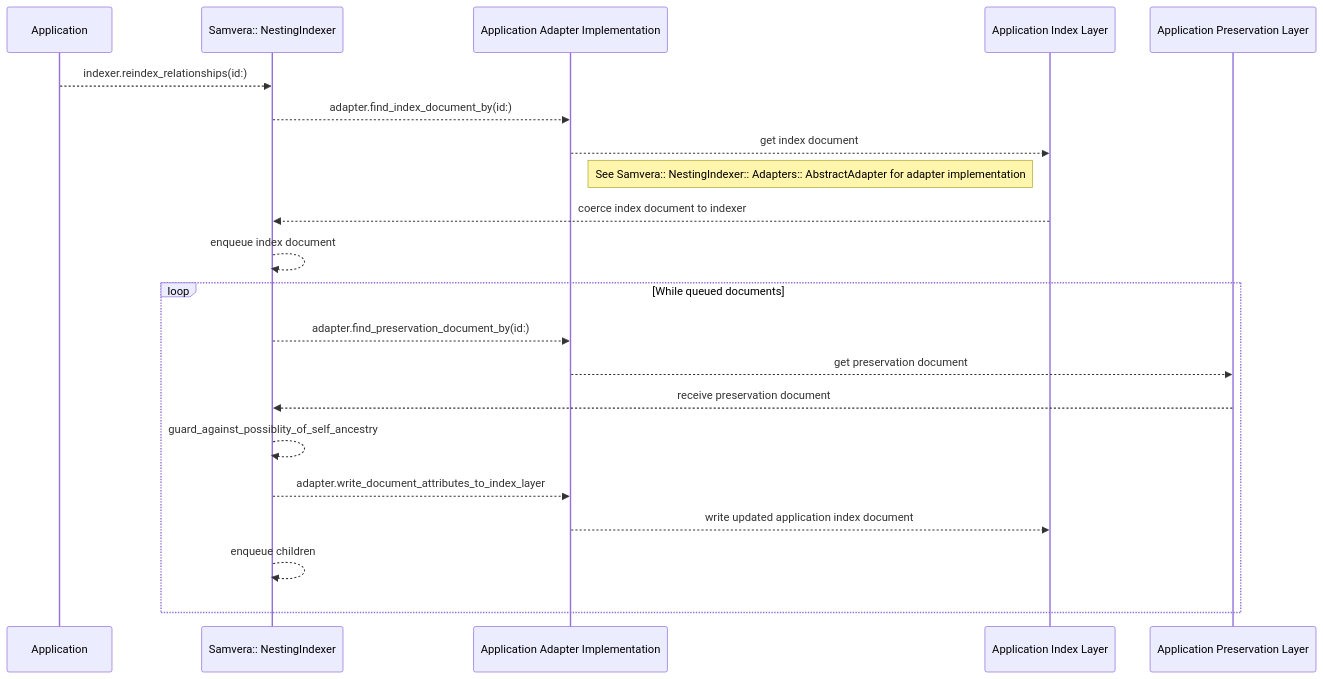
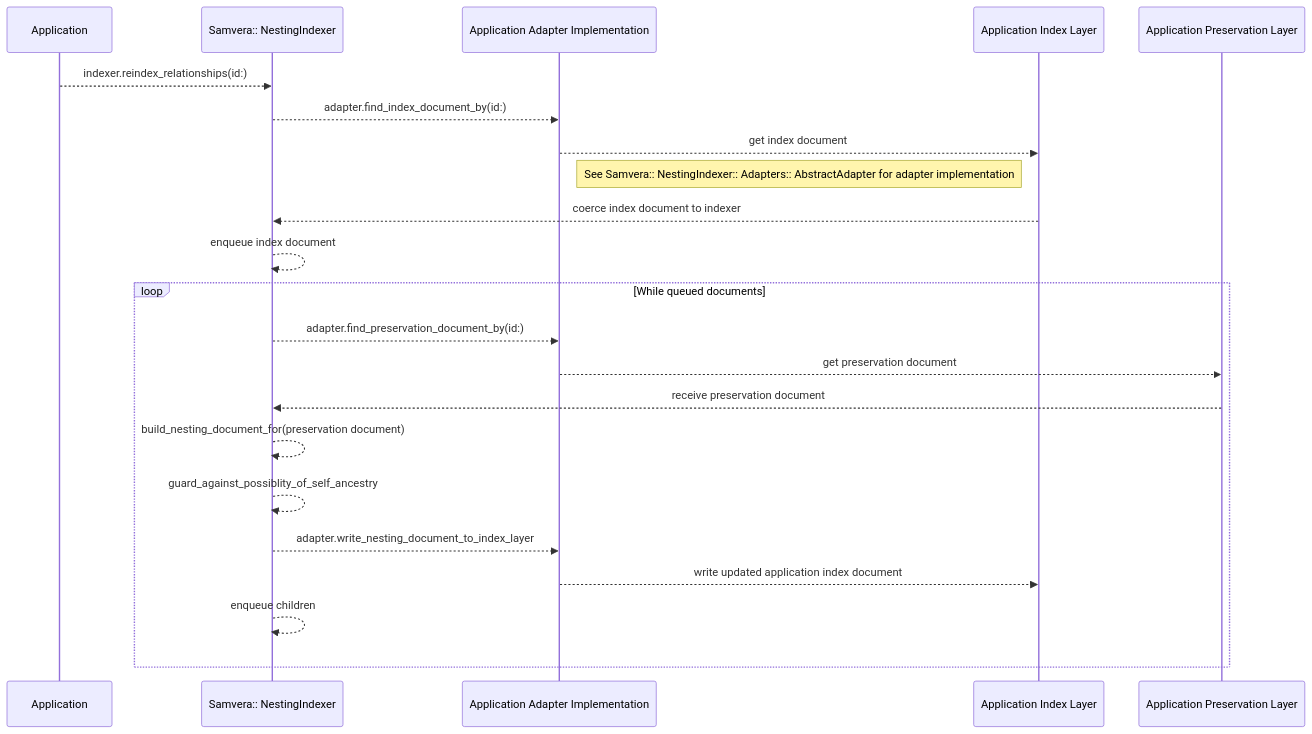
Before and after one commit to samvera-labs/samvera-nesting_indexer: the diagram in documentation/reindex_relationship.mermaid, drawn with Mermaid. The commit also changed 3 other files, not shown here.

Commit message:
Update mermaid document

```diff
--- a/documentation/reindex_relationship.mermaid
+++ b/documentation/reindex_relationship.mermaid
@@ -1,22 +1,23 @@
 sequenceDiagram
     participant Application
     participant Indexer as Samvera:: NestingIndexer
     participant Adapter as Application Adapter Implementation
     participant Index as Application Index Layer
     participant Preservation as Application Preservation Layer
 
     Application-->>Indexer: indexer.reindex_relationships(id:)
     Indexer-->>Adapter: adapter.find_index_document_by(id:)
     Adapter-->>Index: get index document
     Note right of Adapter: See Samvera:: NestingIndexer:: Adapters:: AbstractAdapter for adapter implementation
     Index-->>Indexer: coerce index document to indexer
     Indexer-->>Indexer: enqueue index document
     loop While queued documents
         Indexer-->>Adapter: adapter.find_preservation_document_by(id:)
         Adapter-->>Preservation: get preservation document
         Preservation-->>Indexer: receive preservation document
+        Indexer-->>Indexer: build_nesting_document_for(preservation document)
         Indexer-->>Indexer: guard_against_possiblity_of_self_ancestry
-        Indexer-->>Adapter: adapter.write_document_attributes_to_index_layer
+        Indexer-->>Adapter: adapter.write_nesting_document_to_index_layer
         Adapter-->>Index: write updated application index document
         Indexer-->>Indexer: enqueue children
     end
```
